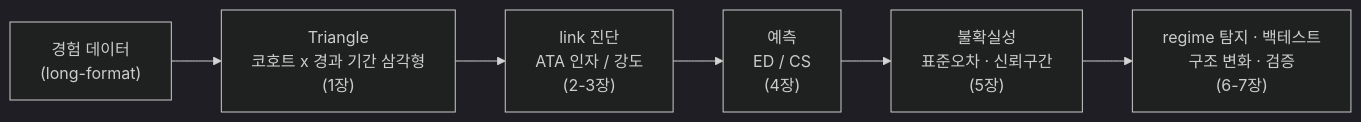
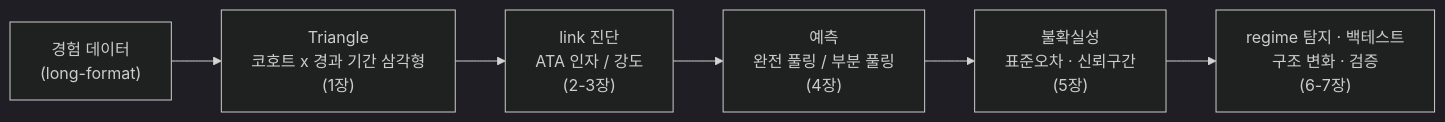
Before and after one commit to seokhoonj/lossratio: the diagram in docs/tutorial/index.md, drawn with Mermaid (dark theme). The commit also changed other lines of this file and 62 other files, not shown here.

````diff
--- a/docs/tutorial/index.md
+++ b/docs/tutorial/index.md
@@ -19,8 +19,8 @@
 ```{mermaid}
 flowchart LR
   A["경험 데이터<br/>(long-format)"] --> B["Triangle<br/>코호트 x 경과 기간 삼각형<br/>(1장)"]
   B --> C["link 진단<br/>ATA 인자 / 강도<br/>(2-3장)"]
-  C --> D["예측<br/>ED / CS<br/>(4장)"]
+  C --> D["예측<br/>완전 풀링 / 부분 풀링<br/>(4장)"]
   D --> E["불확실성<br/>표준오차 · 신뢰구간<br/>(5장)"]
   E --> F["regime 탐지 · 백테스트<br/>구조 변화 · 검증<br/>(6-7장)"]
 ```
````
